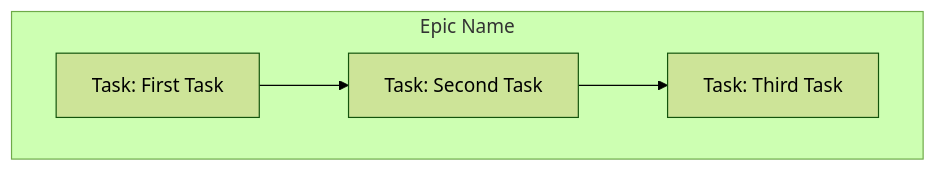
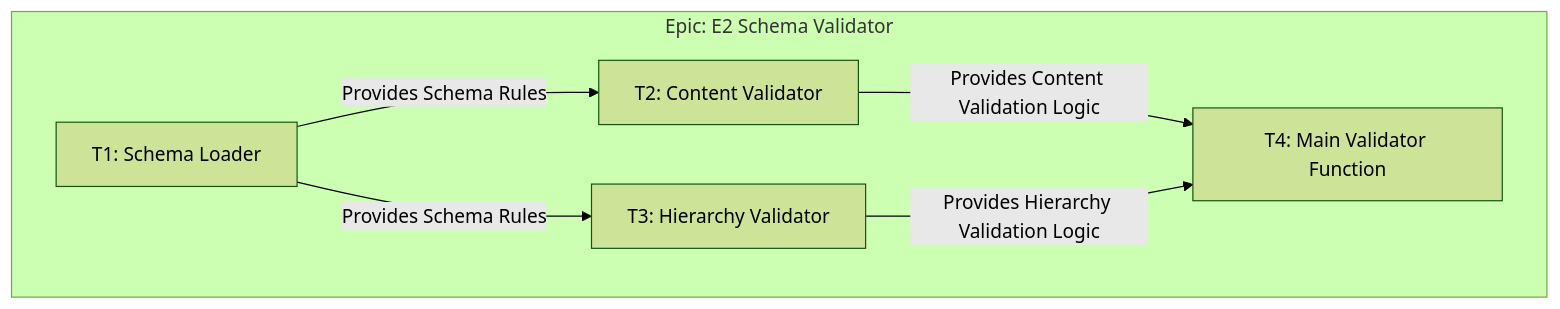
One commit to livelifelively/documentation-driven-development-tools changed the first of 5 diagrams in docs/m1-analyzer/m1-e2-validator/m1-e2-validator.epic.md. Above: the diagram before and after it, drawn with Mermaid (forest theme). The commit also changed other lines of this file and 1 other file, not shown here.

````diff
--- a/docs/m1-analyzer/m1-e2-validator/m1-e2-validator.epic.md
+++ b/docs/m1-analyzer/m1-e2-validator/m1-e2-validator.epic.md
@@ -84,10 +82,13 @@
 ```mermaid
 graph TD
-    subgraph Epic: [Epic Name]
-        T1["Task: First Task"]
-        T2["Task: Second Task"]
-        T3["Task: Third Task"]
+    subgraph Epic: E2 Schema Validator
+        T1["T1: Schema Loader"]
+        T2["T2: Content Validator"]
+        T3["T3: Hierarchy Validator"]
+        T4["T4: Main Validator Function"]
     end
-    T1 --> T2
-    T2 --> T3
+    T1 -- "Provides Schema Rules" --> T2
+    T1 -- "Provides Schema Rules" --> T3
+    T2 -- "Provides Content Validation Logic" --> T4
+    T3 -- "Provides Hierarchy Validation Logic" --> T4
 ```
````
